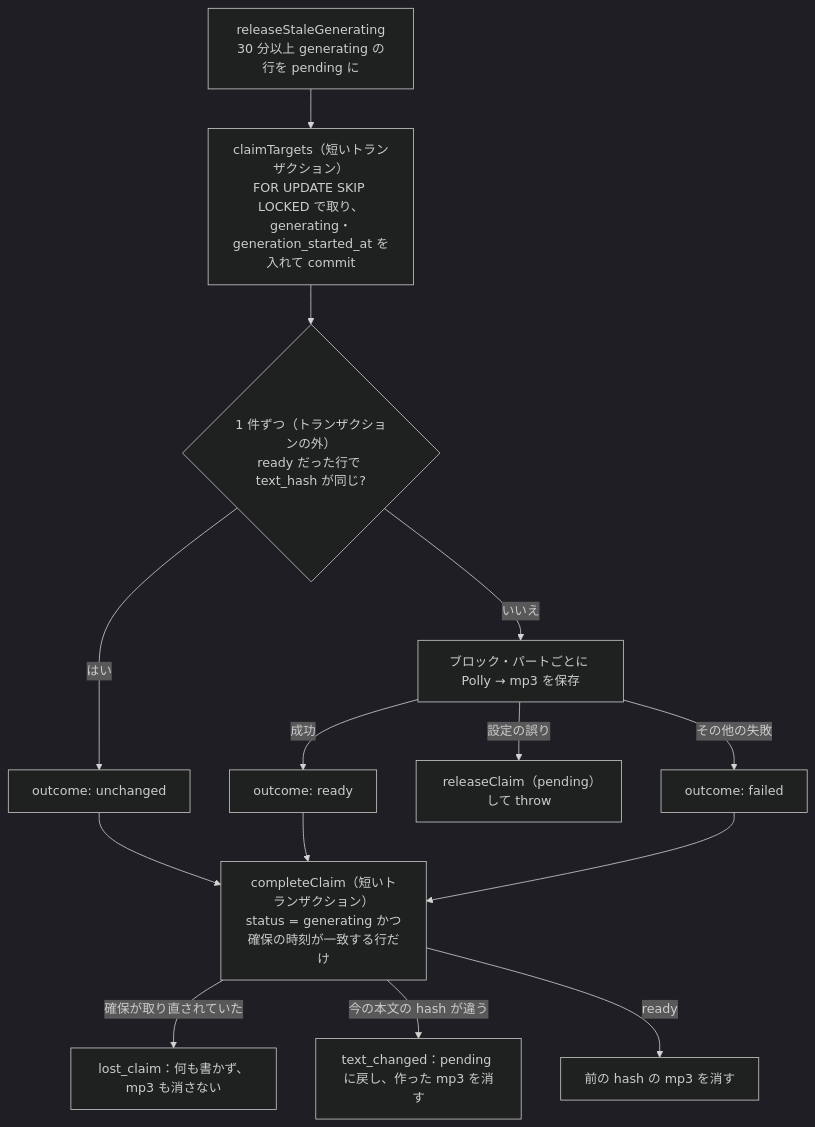
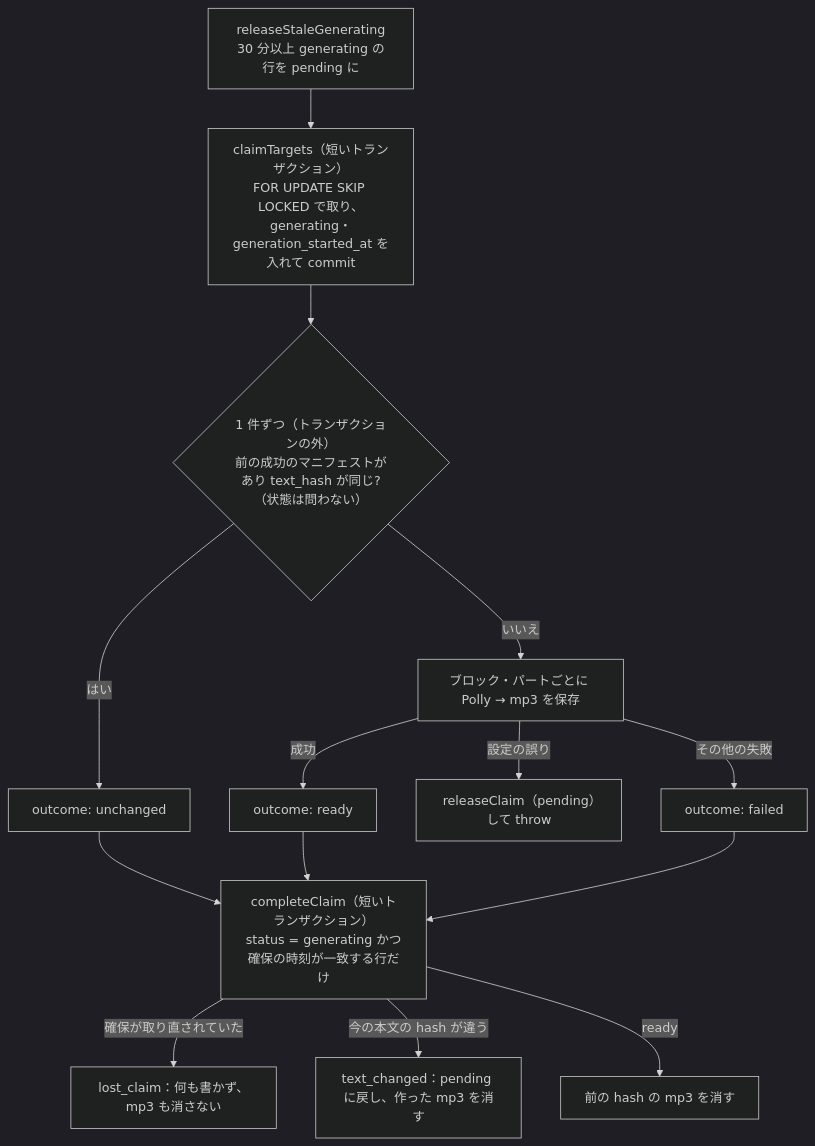
The diagram in docs/spec/read-aloud/tasks/step3-cron-generate-audio.md (kentakki416/tech-english), drawn with Mermaid (dark theme) before and after one commit. The commit also changed other lines of this file and 38 other files, not shown here.

````diff
--- a/docs/spec/read-aloud/tasks/step3-cron-generate-audio.md
+++ b/docs/spec/read-aloud/tasks/step3-cron-generate-audio.md
@@ -25,16 +28,16 @@
 ```mermaid
 flowchart TD
     A["releaseStaleGenerating<br/>30 分以上 generating の行を pending に"] --> B["claimTargets（短いトランザクション）<br/>FOR UPDATE SKIP LOCKED で取り、generating・generation_started_at を入れて commit"]
-    B --> C{"1 件ずつ（トランザクションの外）<br/>ready だった行で text_hash が同じ?"}
+    B --> C{"1 件ずつ（トランザクションの外）<br/>前の成功のマニフェストがあり text_hash が同じ?（状態は問わない）"}
     C -- はい --> U[outcome: unchanged]
     C -- いいえ --> E["ブロック・パートごとに Polly → mp3 を保存"]
     E -- 成功 --> R[outcome: ready]
     E -- 設定の誤り --> X["releaseClaim（pending）して throw"]
     E -- その他の失敗 --> F[outcome: failed]
     U --> W["completeClaim（短いトランザクション）<br/>status = generating かつ確保の時刻が一致する行だけ"]
     R --> W
     F --> W
     W -- 確保が取り直されていた --> L["lost_claim：何も書かず、mp3 も消さない"]
     W -- 今の本文の hash が違う --> T["text_changed：pending に戻し、作った mp3 を消す"]
     W -- ready --> D["前の hash の mp3 を消す"]
 ```
````
